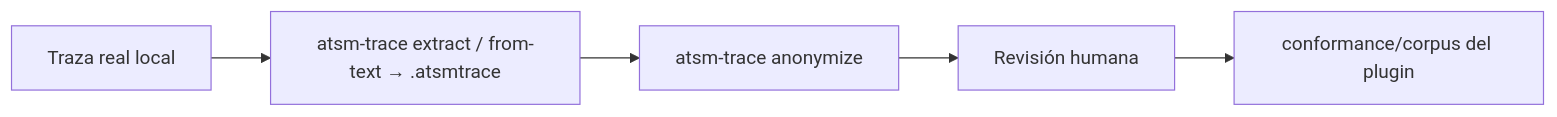
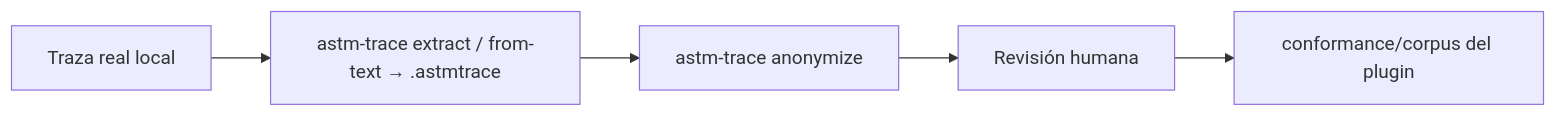
One commit to kalyx-ar/ASTM changed the diagram in Documentacion/DATOS-DE-PRUEBA.md. Above: the diagram before and after it, drawn with Mermaid. The commit also changed other lines of this file and 447 other files, not shown here.

````diff
--- a/Documentacion/DATOS-DE-PRUEBA.md
+++ b/Documentacion/DATOS-DE-PRUEBA.md
@@ -25,7 +25,7 @@
 ```mermaid
 flowchart LR
-    R[Traza real local] --> I[atsm-trace extract / from-text → .atsmtrace]
-    I --> A[atsm-trace anonymize]
+    R[Traza real local] --> I[astm-trace extract / from-text → .astmtrace]
+    I --> A[astm-trace anonymize]
     A --> V[Revisión humana]
     V --> C[conformance/corpus del plugin]
 ```
````
